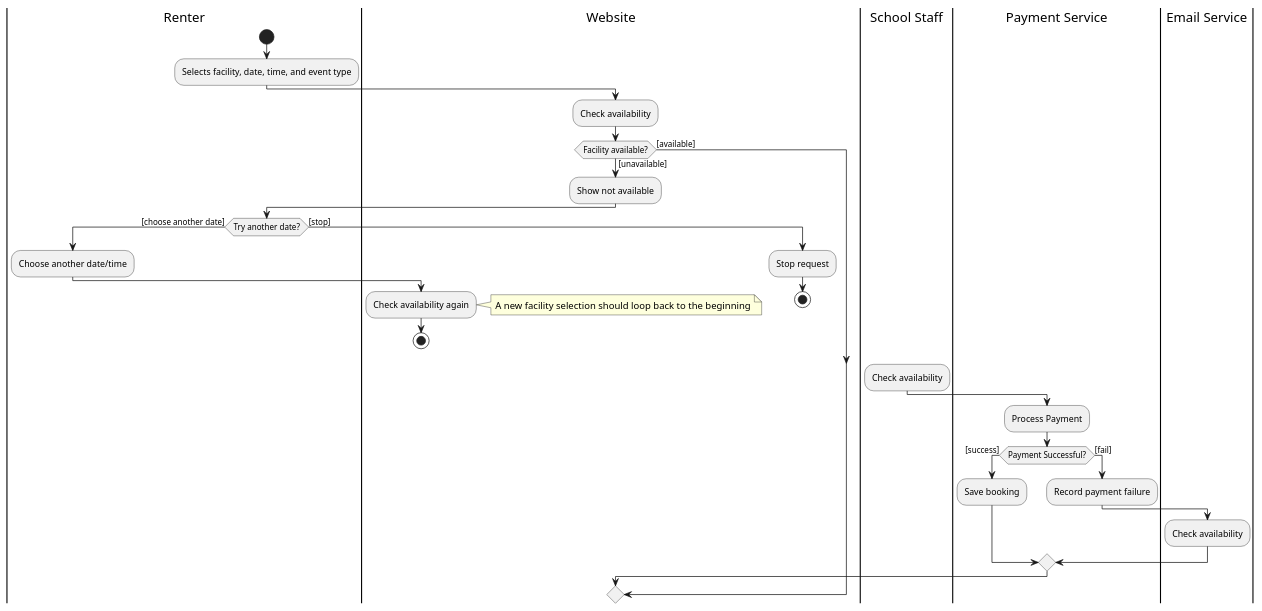
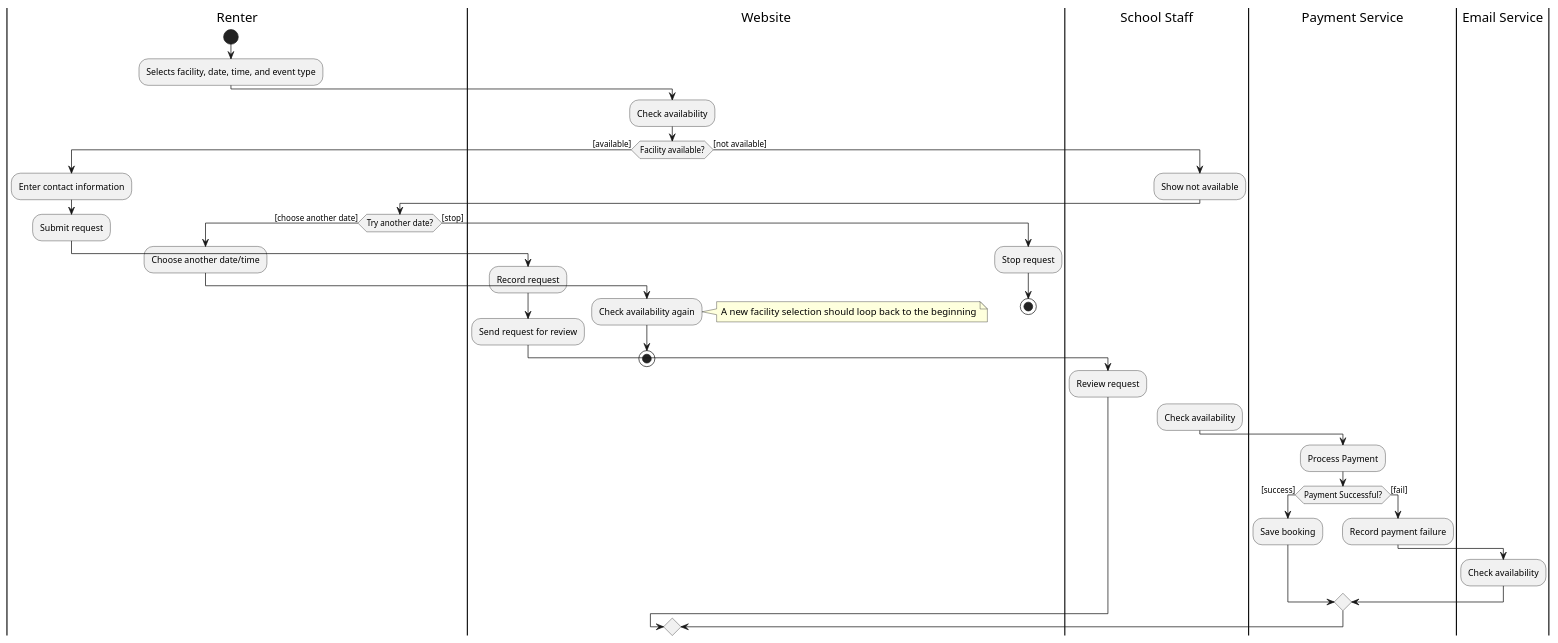
Before and after one commit to DylanHH11/CS-3560-HW_6_UML_2_Sequence_Activity: the diagram in rentalActivity.puml, drawn with PlantUML. The commit also changed 1 other file, not shown here.

Commit message:
starting sequence diagram

```diff
--- a/rentalActivity.puml
+++ b/rentalActivity.puml
@@ -1,48 +1,58 @@
 @startuml
 
 |Renter|
 start
 :Selects facility, date, time, and event type;
 
 |Website|
 :Check availability;
 
 if (Facility available?) then ([available])
+       |Renter|
+       :Enter contact information;
+       :Submit request;
 
-else ([unavailable])
+       |Website|
+       :Record request;
+       :Send request for review;
+
+       |School Staff|
+       :Review request;
+
+else ([not available])
         :Show not available;
         |Renter|
         if (Try another date?) then ([choose another date])
             :Choose another date/time;
             |Website|
             :Check availability again;
             note right
               A new facility selection should loop back to the beginning
             end note
             stop
         else ([stop])
             :Stop request;
             stop
         endif
 
 
 
 |School Staff|
 :Check availability;
 
 |Payment Service|
 :Process Payment;
 
 if (Payment Successful?) then ([success])
             :Save booking;
 
 
 else ([fail])
                :Record payment failure;
 
 
 |Email Service|
 :Check availability;
 
 
 @enduml
```
